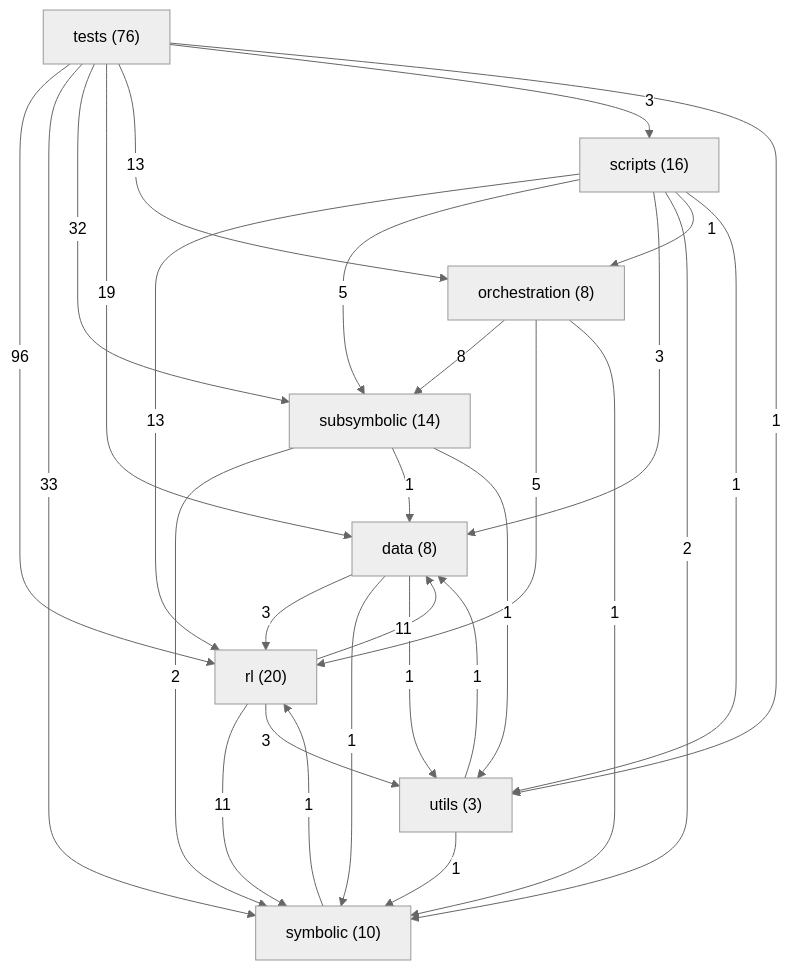
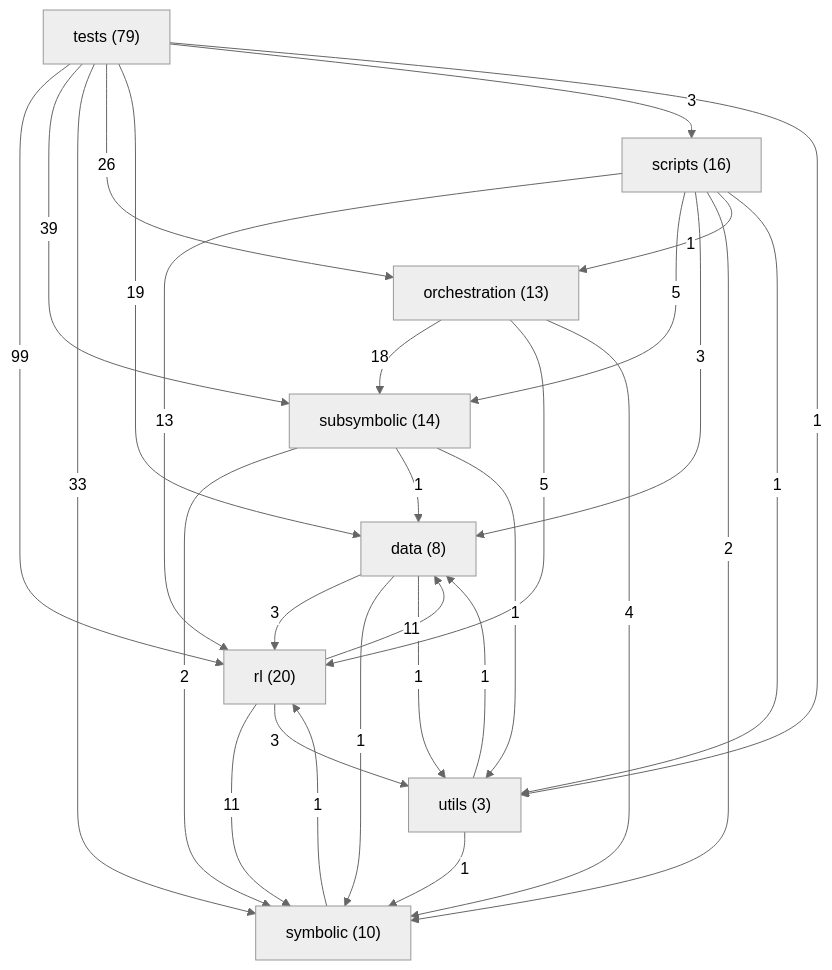
One commit to danrd/ARC-AGI changed the diagram in ARCHITECTURE.md. Above: the diagram before and after it, drawn with Mermaid (neutral theme). The commit also changed other lines of this file and 3 other files, not shown here.

````diff
--- a/ARCHITECTURE.md
+++ b/ARCHITECTURE.md
@@ -173,39 +173,39 @@
 ```mermaid
 graph TD
   data["data (8)"]
-  orchestration["orchestration (8)"]
+  orchestration["orchestration (13)"]
   rl["rl (20)"]
   scripts["scripts (16)"]
   subsymbolic["subsymbolic (14)"]
   symbolic["symbolic (10)"]
-  tests["tests (76)"]
+  tests["tests (79)"]
   utils["utils (3)"]
-  tests -->|96| rl
+  tests -->|99| rl
+  tests -->|39| subsymbolic
   tests -->|33| symbolic
-  tests -->|32| subsymbolic
+  tests -->|26| orchestration
   tests -->|19| data
+  orchestration -->|18| subsymbolic
   scripts -->|13| rl
-  tests -->|13| orchestration
   rl -->|11| data
   rl -->|11| symbolic
-  orchestration -->|8| subsymbolic
   orchestration -->|5| rl
   scripts -->|5| subsymbolic
+  orchestration -->|4| symbolic
   data -->|3| rl
   rl -->|3| utils
   scripts -->|3| data
   tests -->|3| scripts
   scripts -->|2| symbolic
   subsymbolic -->|2| symbolic
   data -->|1| symbolic
   data -->|1| utils
-  orchestration -->|1| symbolic
   scripts -->|1| orchestration
   scripts -->|1| utils
   subsymbolic -->|1| data
   subsymbolic -->|1| utils
   symbolic -->|1| rl
   tests -->|1| utils
   utils -->|1| data
   utils -->|1| symbolic
 ```
````
